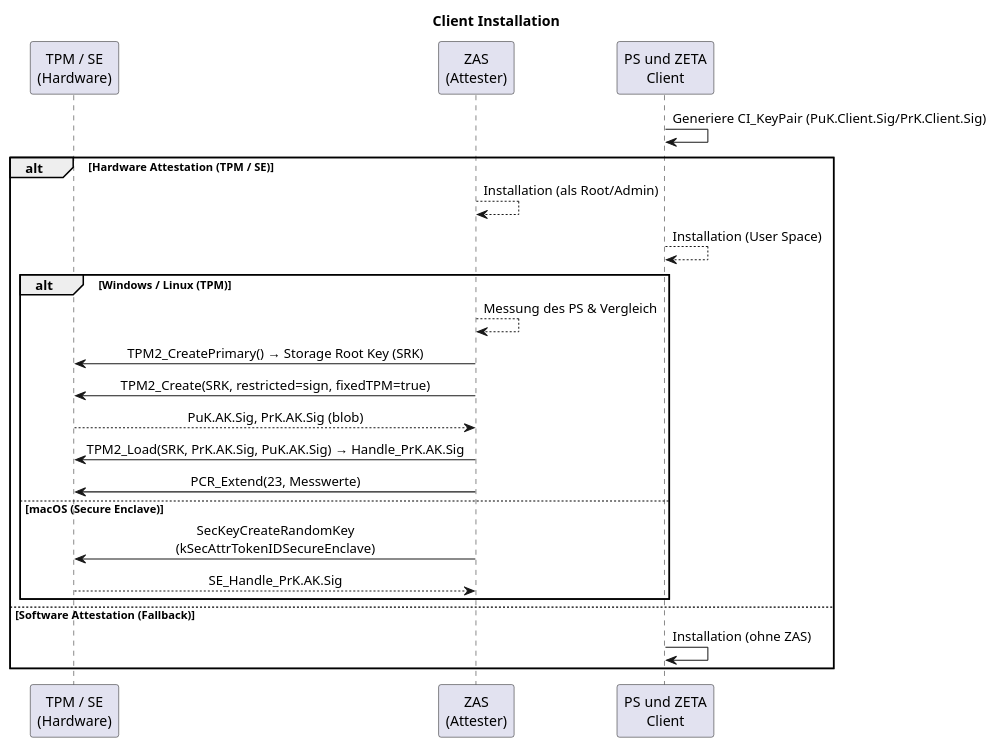
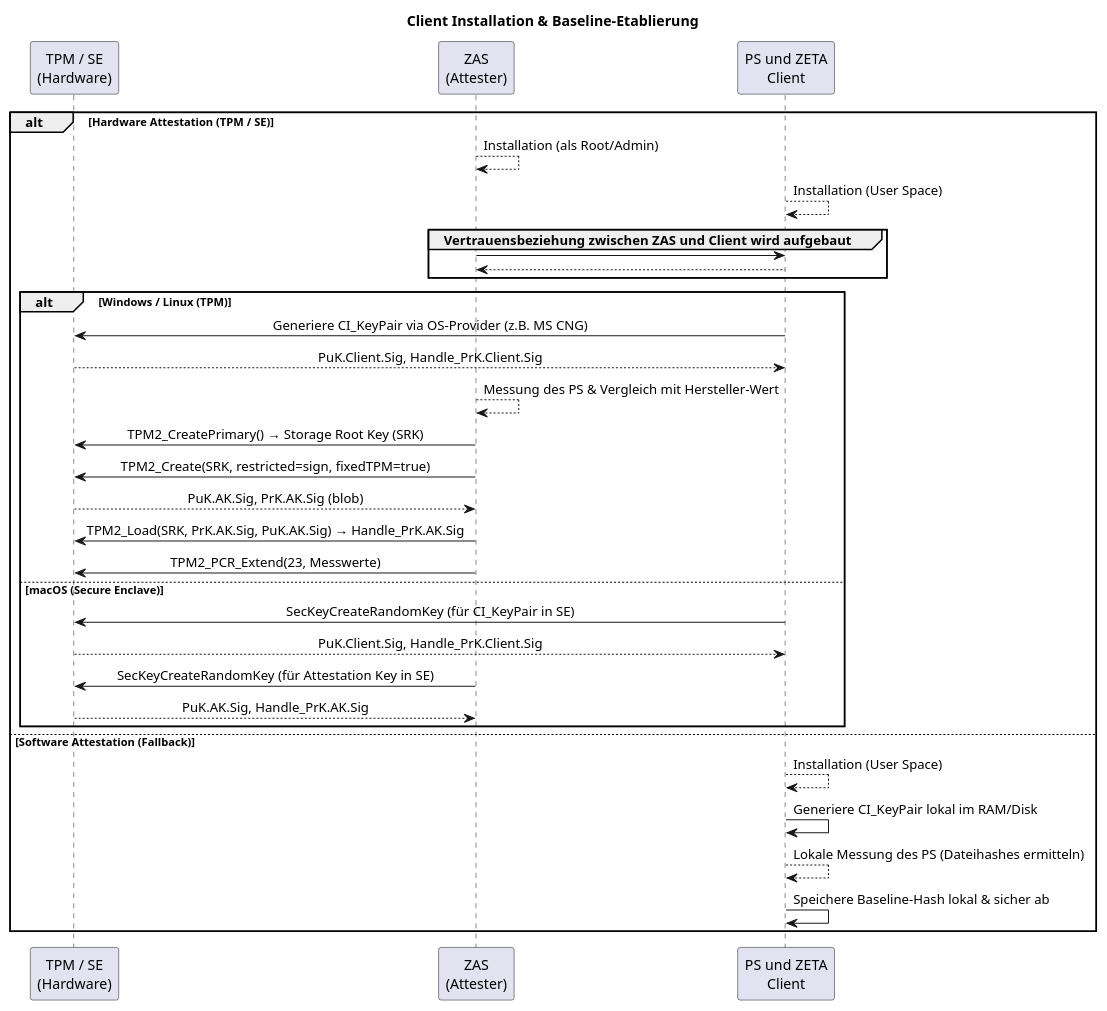
One commit to gematik/zeta changed the diagram in src/plantuml/tmp/attestation-flows/client-installation.puml. Above: the diagram before and after it, drawn with PlantUML. The commit also changed 4 other files, not shown here.

Commit message:
refactor: update attestation flow diagrams, refine initialization logic, and remove obsolete markdown documentation files

```diff
--- a/src/plantuml/tmp/attestation-flows/client-installation.puml
+++ b/src/plantuml/tmp/attestation-flows/client-installation.puml
@@ -1,28 +1,43 @@
 @startuml "client-installation"
 skinparam sequenceMessageAlign center
-title Client Installation
+title Client Installation & Baseline-Etablierung
 
 participant "TPM / SE\n(Hardware)" as TPM
 participant "ZAS\n(Attester)" as ZAS
 participant "PS und ZETA\nClient" as Client
 
-Client -> Client: Generiere CI_KeyPair (PuK.Client.Sig/PrK.Client.Sig)
 alt Hardware Attestation (TPM / SE)
     ZAS --> ZAS: Installation (als Root/Admin)
     Client --> Client: Installation (User Space)
+    group Vertrauensbeziehung zwischen ZAS und Client wird aufgebaut
+        ZAS -> Client
+        Client --> ZAS
+    end
+
     alt Windows / Linux (TPM)
-        ZAS --> ZAS: Messung des PS & Vergleich
+        Client -> TPM: Generiere CI_KeyPair via OS-Provider (z.B. MS CNG)
+        TPM --> Client: PuK.Client.Sig, Handle_PrK.Client.Sig
+        
+        ZAS --> ZAS: Messung des PS & Vergleich mit Hersteller-Wert
         ZAS -> TPM: TPM2_CreatePrimary() → Storage Root Key (SRK)
         ZAS -> TPM: TPM2_Create(SRK, restricted=sign, fixedTPM=true)
         TPM --> ZAS: PuK.AK.Sig, PrK.AK.Sig (blob)
         ZAS -> TPM: TPM2_Load(SRK, PrK.AK.Sig, PuK.AK.Sig) → Handle_PrK.AK.Sig
-        ZAS -> TPM: PCR_Extend(23, Messwerte)
+        ZAS -> TPM: TPM2_PCR_Extend(23, Messwerte)
+        
     else macOS (Secure Enclave)
-        ZAS -> TPM: SecKeyCreateRandomKey\n(kSecAttrTokenIDSecureEnclave)
-        TPM --> ZAS: SE_Handle_PrK.AK.Sig
+        Client -> TPM: SecKeyCreateRandomKey (für CI_KeyPair in SE)
+        TPM --> Client: PuK.Client.Sig, Handle_PrK.Client.Sig
+        
+        ZAS -> TPM: SecKeyCreateRandomKey (für Attestation Key in SE)
+        TPM --> ZAS: PuK.AK.Sig, Handle_PrK.AK.Sig
     end
+
 else Software Attestation (Fallback)
-    Client -> Client: Installation (ohne ZAS)
+    Client --> Client: Installation (User Space)
+    Client -> Client: Generiere CI_KeyPair lokal im RAM/Disk
+    Client --> Client: Lokale Messung des PS (Dateihashes ermitteln)
+    Client -> Client: Speichere Baseline-Hash lokal & sicher ab
 end
 
 @enduml
```
